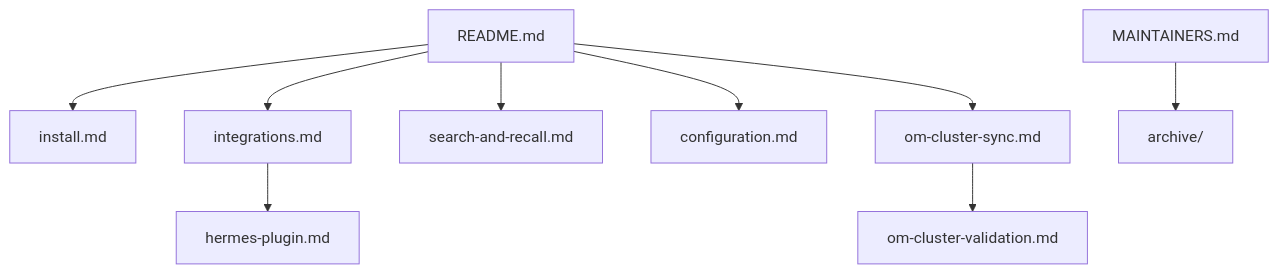
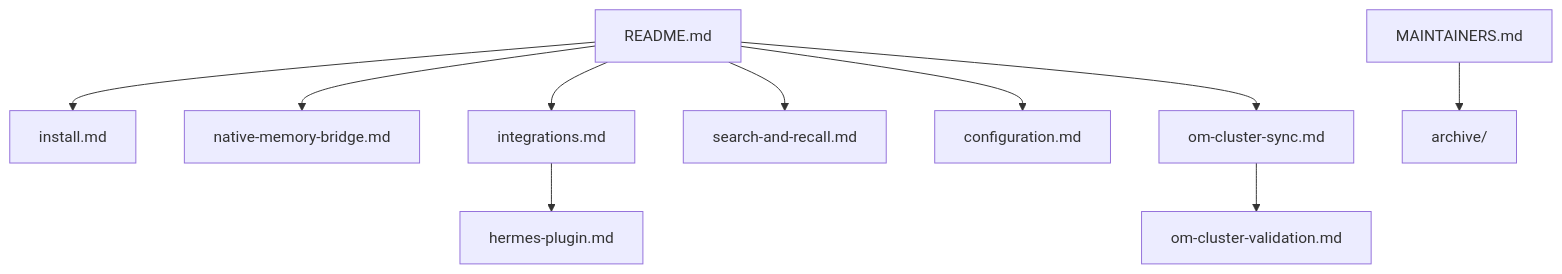
One commit to intertwine/observational-memory changed the diagram in docs/README.md. Above: the diagram before and after it, drawn with Mermaid. The commit also changed other lines of this file and 55 other files, not shown here.

````diff
--- a/docs/README.md
+++ b/docs/README.md
@@ -35,11 +37,12 @@
 ```mermaid
 flowchart TD
     R["README.md"] --> I["install.md"]
+    R --> N["native-memory-bridge.md"]
     R --> P["integrations.md"]
     P --> H["hermes-plugin.md"]
     R --> S["search-and-recall.md"]
     R --> C["configuration.md"]
     R --> K["om-cluster-sync.md"]
     K --> V["om-cluster-validation.md"]
     M["MAINTAINERS.md"] --> A["archive/"]
 ```
````
